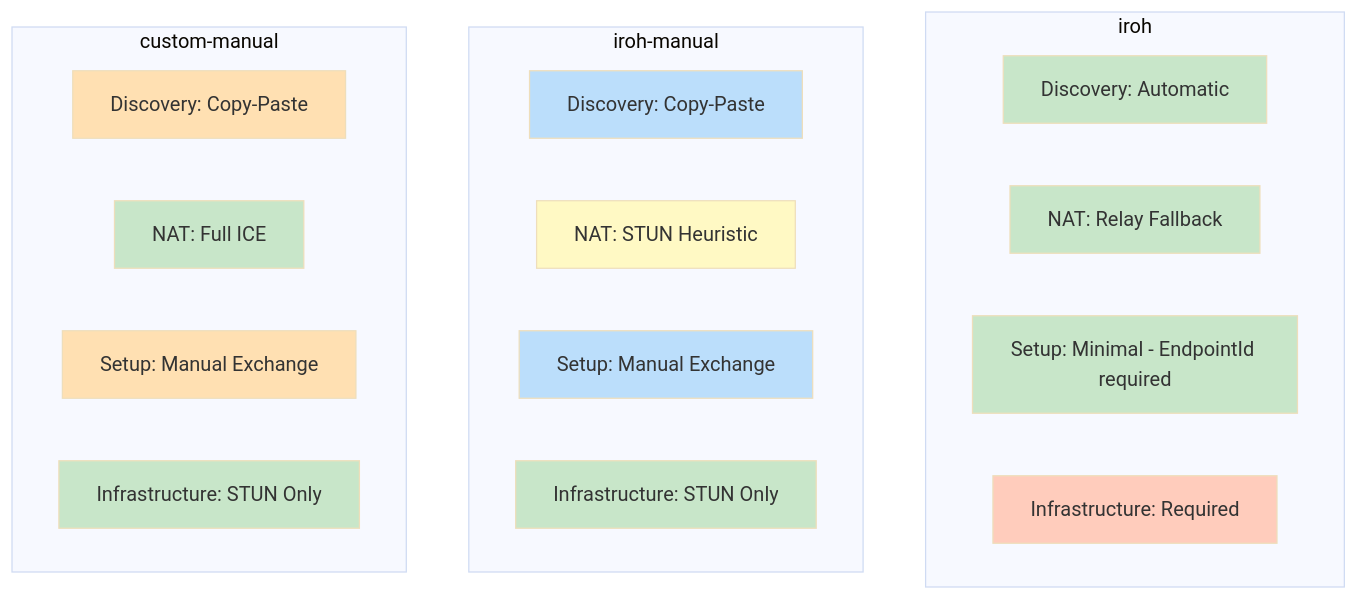
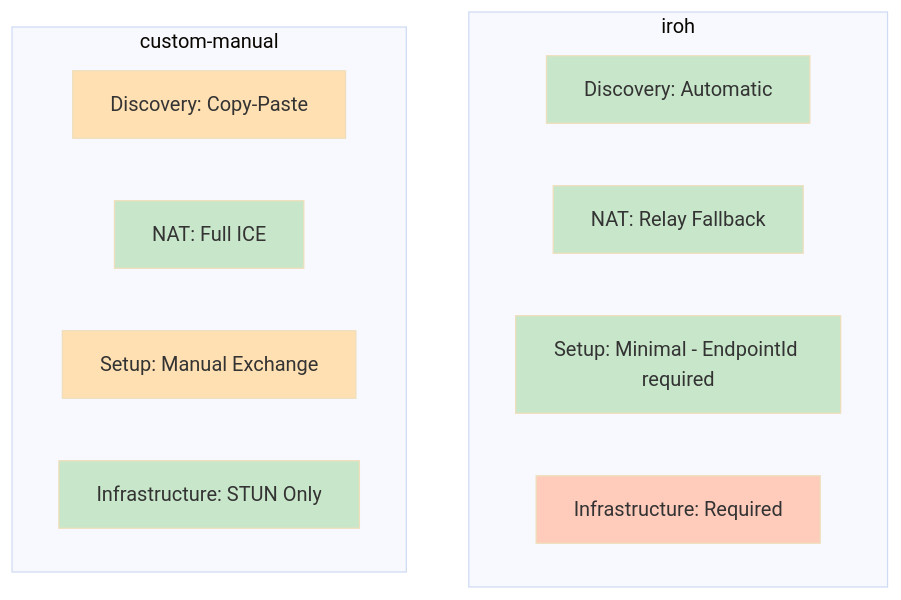
Before and after one commit to andrewtheguy/vpn-rs: the third of 36 diagrams in docs/ARCHITECTURE.md, drawn with Mermaid (base theme). The commit also changed other lines of this file and 14 other files, not shown here.

First line of the commit message:
Refactor: Remove iroh-manual mode and related configurations

````diff
--- a/docs/ARCHITECTURE.md
+++ b/docs/ARCHITECTURE.md
@@ -125,38 +118,26 @@
 ```mermaid
 graph TD
     subgraph "iroh"
         A1[Discovery: Automatic]
         A2[NAT: Relay Fallback]
         A3[Setup: Minimal - EndpointId required]
         A4[Infrastructure: Required]
     end
-    
-    subgraph "iroh-manual"
-        B1[Discovery: Copy-Paste]
-        B2[NAT: STUN Heuristic]
-        B3[Setup: Manual Exchange]
-        B4[Infrastructure: STUN Only]
-    end
-    
+
     subgraph "custom-manual"
         C1[Discovery: Copy-Paste]
         C2[NAT: Full ICE]
         C3[Setup: Manual Exchange]
         C4[Infrastructure: STUN Only]
     end
-    
+
     style A1 fill:#C8E6C9
     style A2 fill:#C8E6C9
     style A3 fill:#C8E6C9
     style A4 fill:#FFCCBC
-    
-    style B1 fill:#BBDEFB
-    style B2 fill:#FFF9C4
-    style B3 fill:#BBDEFB
-    style B4 fill:#C8E6C9
-    
+
     style C1 fill:#FFE0B2
     style C2 fill:#C8E6C9
     style C3 fill:#FFE0B2
     style C4 fill:#C8E6C9
 ```
````
